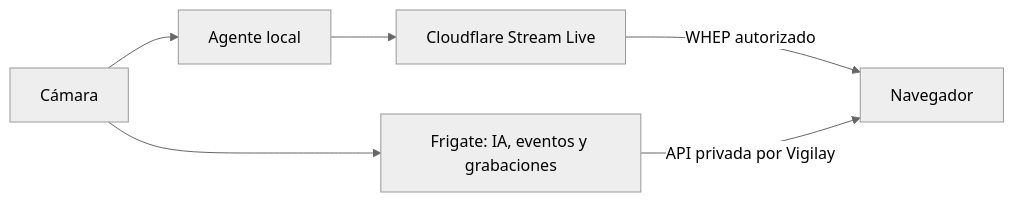
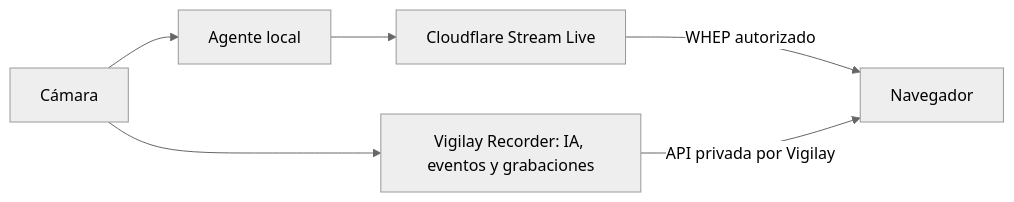
Before and after one commit to developerlhc/camara_ia: the second of 2 diagrams in docs/ARCHITECTURE.md, drawn with Mermaid (neutral theme). The commit also changed other lines of this file and 83 other files, not shown here.

Commit message:
feat: replace Frigate media with Vigilay Recorder

````diff
--- a/docs/ARCHITECTURE.md
+++ b/docs/ARCHITECTURE.md
@@ -26,8 +26,8 @@
 ```mermaid
 flowchart LR
   Camera[Cámara] --> Agent[Agente local]
   Agent --> Cloudflare[Cloudflare Stream Live]
   Cloudflare -->|WHEP autorizado| Browser[Navegador]
-  Camera --> Frigate[Frigate: IA, eventos y grabaciones]
-  Frigate -->|API privada por Vigilay| Browser
+  Camera --> Recorder[Vigilay Recorder: IA, eventos y grabaciones]
+  Recorder -->|API privada por Vigilay| Browser
 ```
````
